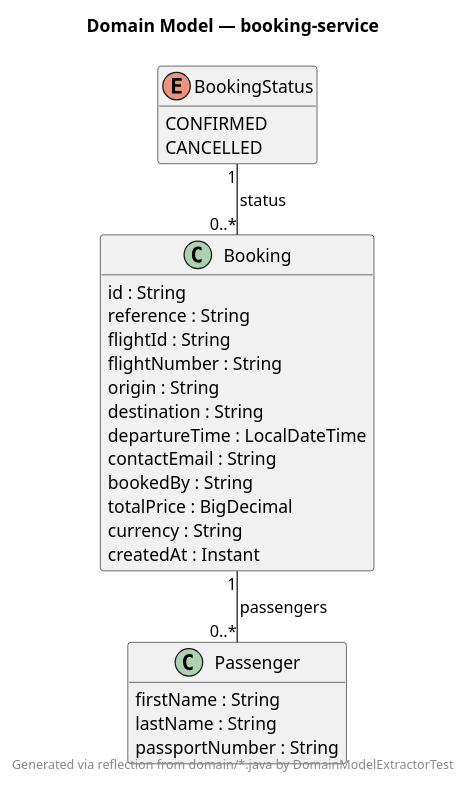
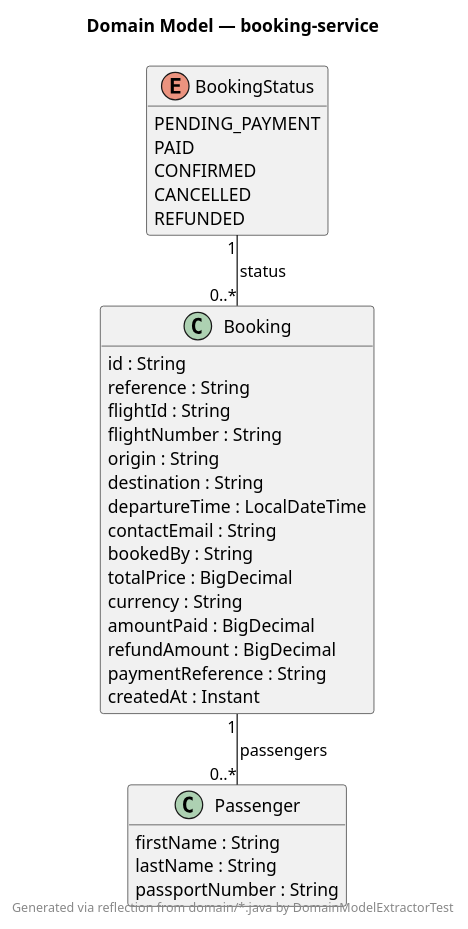
One commit to vvyavahare/book-my-flight changed the diagram in backend/booking-service/docs/generated/DomainModel.puml. Above: the diagram before and after it, drawn with PlantUML. The commit also changed 48 other files, not shown here.

```diff
--- a/backend/booking-service/docs/generated/DomainModel.puml
+++ b/backend/booking-service/docs/generated/DomainModel.puml
@@ -1,37 +1,43 @@
 @startuml
 !pragma layout smetana
 
 title Domain Model — booking-service
 footer Generated via reflection from domain/*.java by DomainModelExtractorTest
 
 hide empty members
 skinparam classAttributeIconSize 0
 
 class Booking {
   id : String
   reference : String
   flightId : String
   flightNumber : String
   origin : String
   destination : String
   departureTime : LocalDateTime
   contactEmail : String
   bookedBy : String
   totalPrice : BigDecimal
   currency : String
+  amountPaid : BigDecimal
+  refundAmount : BigDecimal
+  paymentReference : String
   createdAt : Instant
 }
 enum BookingStatus {
+  PENDING_PAYMENT
+  PAID
   CONFIRMED
   CANCELLED
+  REFUNDED
 }
 class Passenger {
   firstName : String
   lastName : String
   passportNumber : String
 }
 
 Booking "1" -- "0..*" Passenger : passengers
 BookingStatus "1" -- "0..*" Booking : status
 
 @enduml
```
